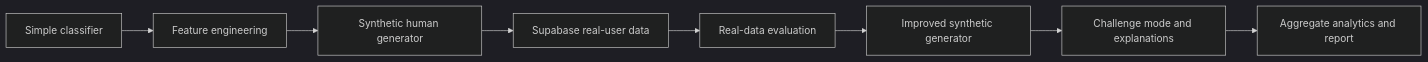
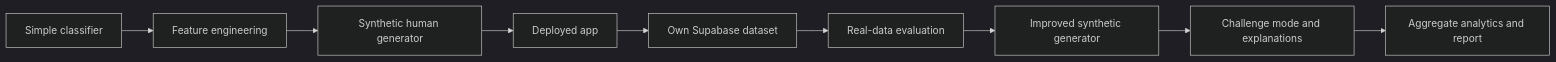
One commit to jarems421/human-random-detector changed the first of 4 diagrams in README.md. Above: the diagram before and after it, drawn with Mermaid (dark theme). The commit also changed other lines of this file and 2 other files, not shown here.

Commit message:
Emphasize self-collected real data loop

````diff
--- a/README.md
+++ b/README.md
@@ -15,10 +15,11 @@
 ```mermaid
 flowchart LR
     A[Simple classifier] --> B[Feature engineering]
     B --> C[Synthetic human generator]
-    C --> D[Supabase real-user data]
-    D --> E[Real-data evaluation]
-    E --> F[Improved synthetic generator]
-    F --> G[Challenge mode and explanations]
-    G --> H[Aggregate analytics and report]
+    C --> D[Deployed app]
+    D --> E[Own Supabase dataset]
+    E --> F[Real-data evaluation]
+    F --> G[Improved synthetic generator]
+    G --> H[Challenge mode and explanations]
+    H --> I[Aggregate analytics and report]
 ```
````
